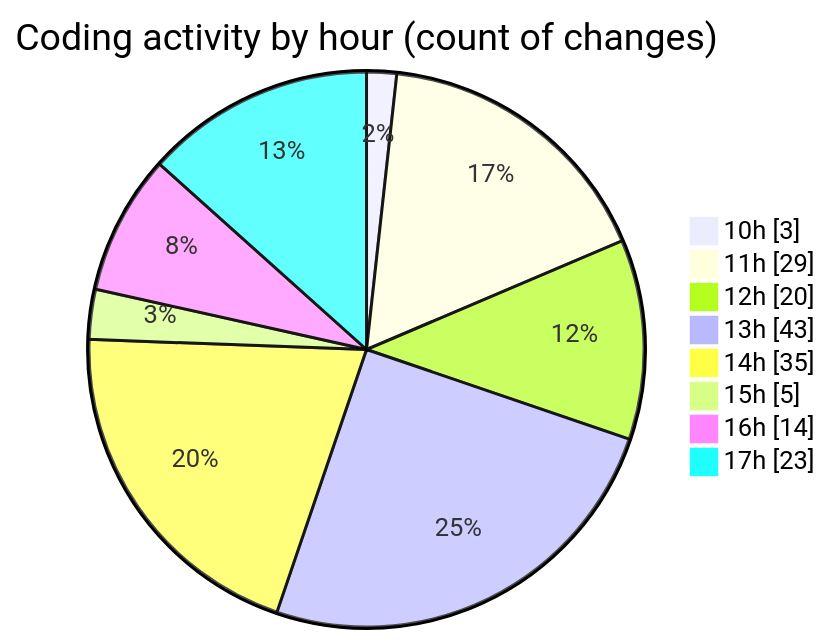
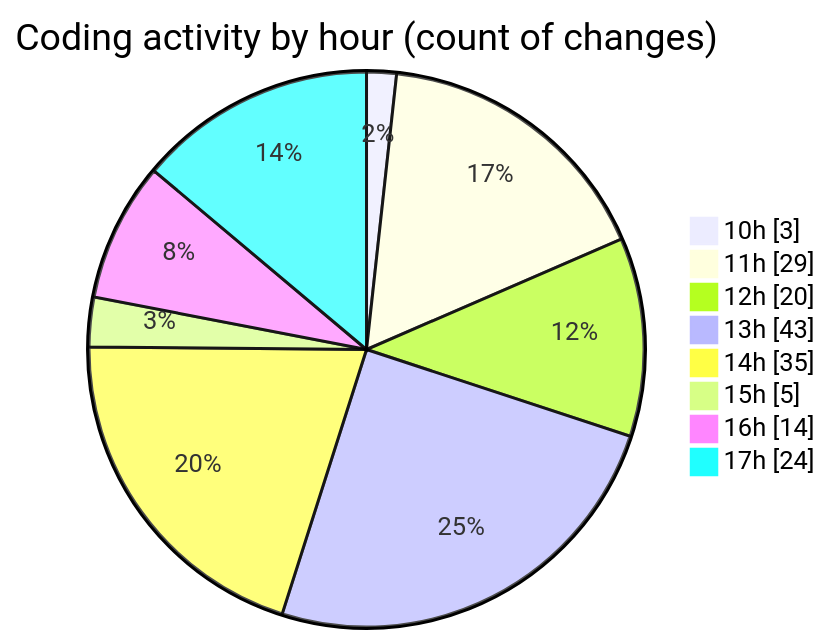
Before and after one commit to EIIisD/code-tracking: the second of 2 diagrams in 2025-08-14/ribbon/README.md, drawn with Mermaid. The commit also changed other lines of this file and 1 other file, not shown here.

````diff
--- a/2025-08-14/ribbon/README.md
+++ b/2025-08-14/ribbon/README.md
@@ -40,12 +41,12 @@
 ```mermaid
 pie showData
 title Coding activity by hour (count of changes)
 "10h" : 3
 "11h" : 29
 "12h" : 20
 "13h" : 43
 "14h" : 35
 "15h" : 5
 "16h" : 14
-"17h" : 23
+"17h" : 24
 ```
````
